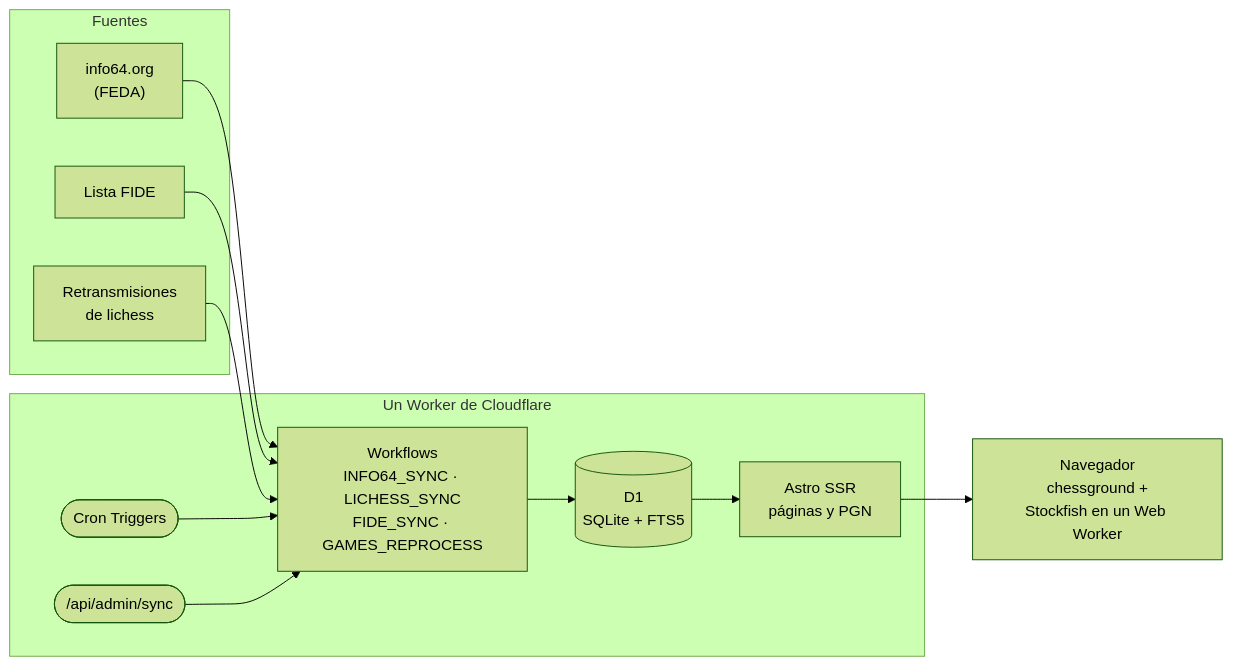
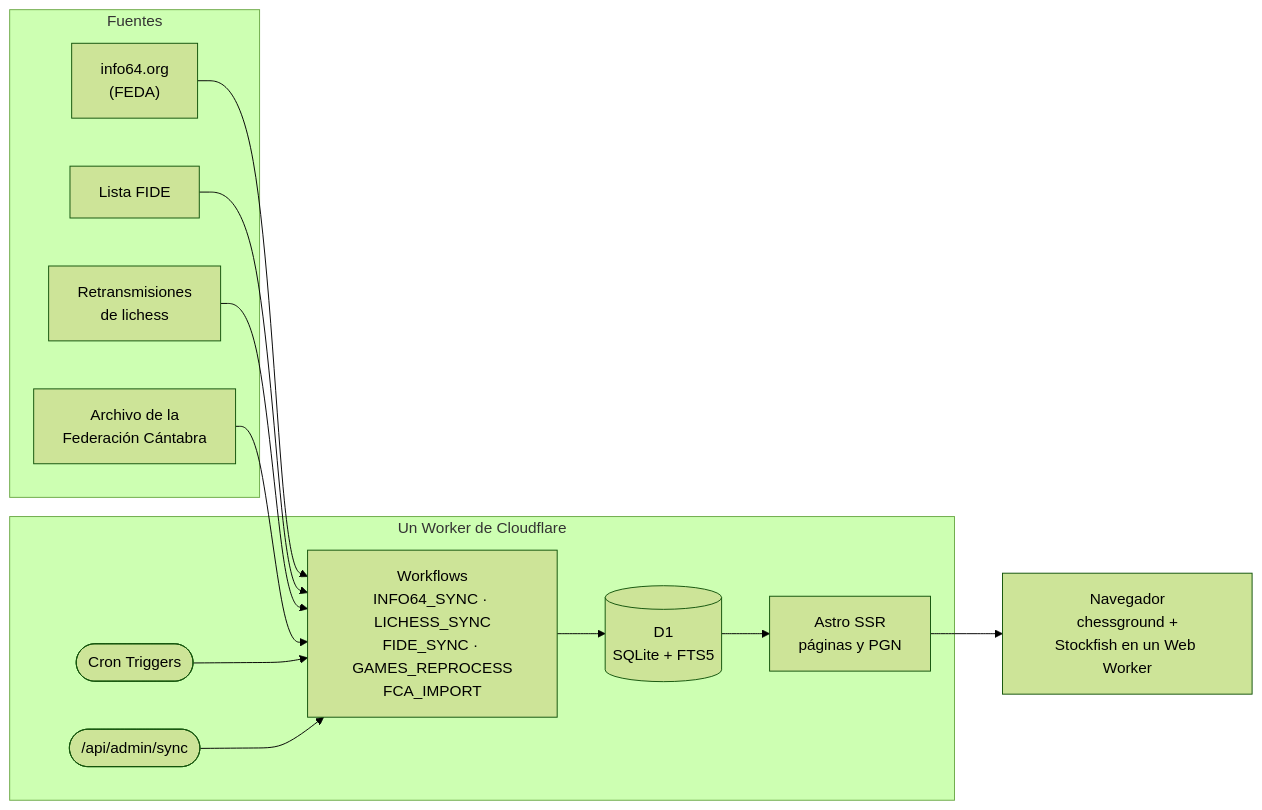
The diagram in README.md (jorgeabf/maplechess), drawn with Mermaid (forest theme) before and after one commit. The commit also changed other lines of this file and 18 other files, not shown here.

First line of the commit message:
Partidas del archivo de la Federación Cántabra de Ajedrez

````diff
--- a/README.md
+++ b/README.md
@@ -96,27 +96,29 @@
 ```mermaid
 flowchart LR
   subgraph fuentes["Fuentes"]
     info64["info64.org<br/>(FEDA)"]
     fide["Lista FIDE"]
     lichess["Retransmisiones<br/>de lichess"]
+    fca["Archivo de la<br/>Federación Cántabra"]
   end
 
   subgraph cloudflare["Un Worker de Cloudflare"]
     cron(["Cron Triggers"])
     admin(["/api/admin/sync"])
-    workflows["Workflows<br/>INFO64_SYNC · LICHESS_SYNC<br/>FIDE_SYNC · GAMES_REPROCESS"]
+    workflows["Workflows<br/>INFO64_SYNC · LICHESS_SYNC<br/>FIDE_SYNC · GAMES_REPROCESS<br/>FCA_IMPORT"]
     d1[("D1<br/>SQLite + FTS5")]
     astro["Astro SSR<br/>páginas y PGN"]
   end
 
   navegador["Navegador<br/>chessground +<br/>Stockfish en un Web Worker"]
 
   info64 --> workflows
   fide --> workflows
   lichess --> workflows
+  fca --> workflows
   cron --> workflows
   admin --> workflows
   workflows --> d1
   d1 --> astro
   astro --> navegador
 ```
````
